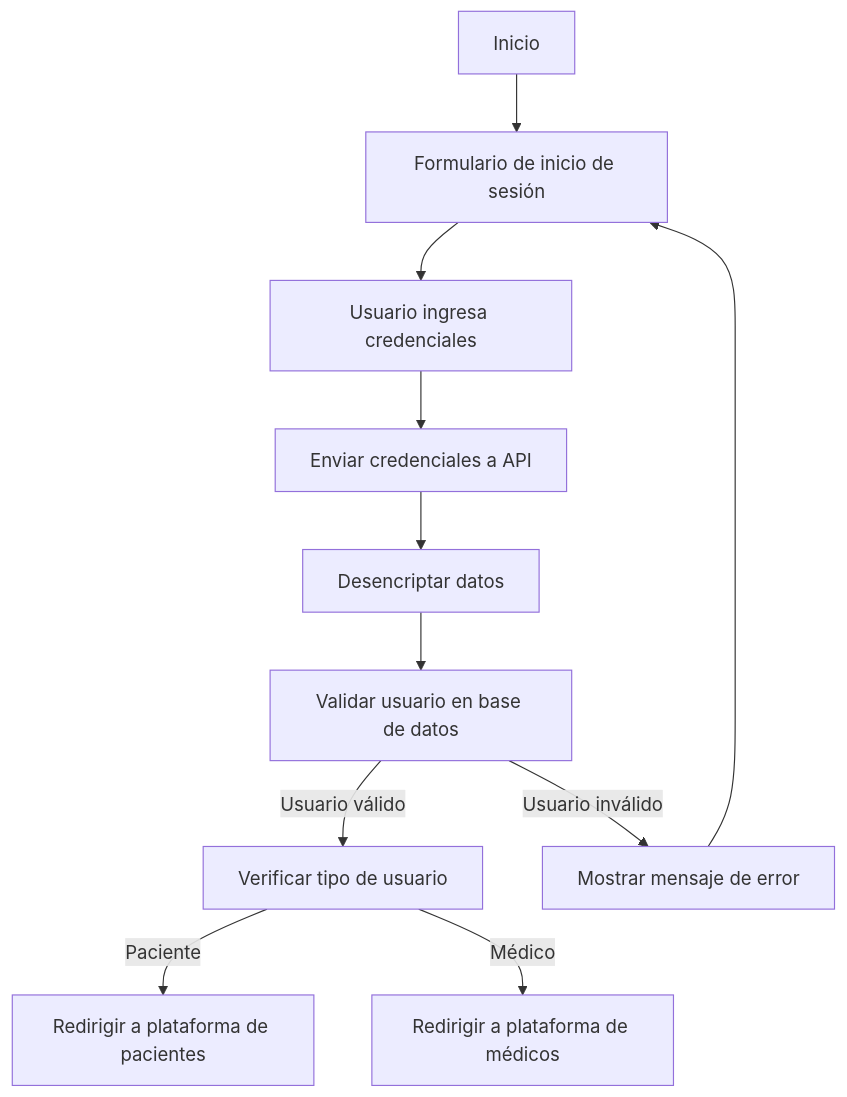
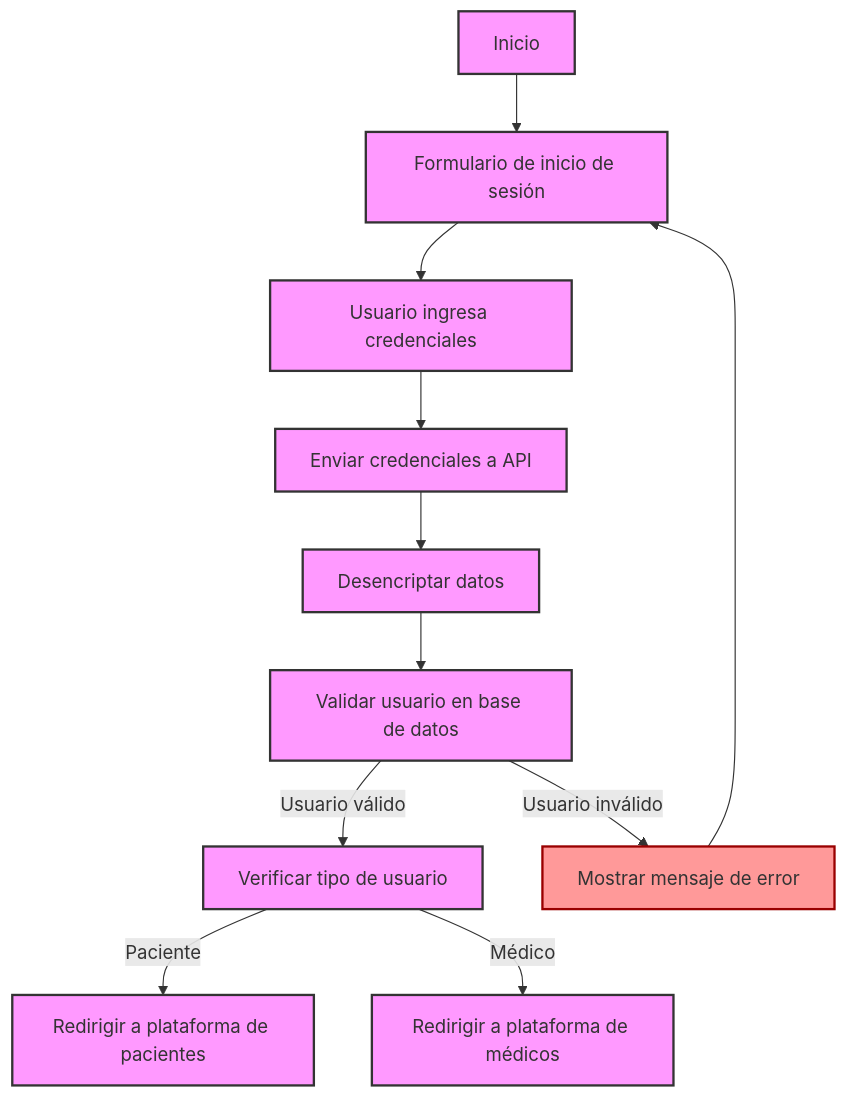
Before and after one commit to BnjmStd/4Life: the second of 21 diagrams in docs/data4lLife.md, drawn with Mermaid. The commit also changed other lines of this file, not shown here.

Commit message:
docs(Root): se agrega el primer template de los diagramas #1 reunion

```diff
--- a/docs/data4lLife.md
+++ b/docs/data4lLife.md
@@ -49,17 +49,19 @@
 ::: mermaid
 
 flowchart TD
-    A[Inicio] --> B[Formulario de inicio de sesión]
-    B --> C[Usuario ingresa credenciales]
-    C --> D[Enviar credenciales a API]
-    D --> E[Desencriptar datos]
-    E --> F[Validar usuario en base de datos]
-    F -->|Usuario válido| G[Verificar tipo de usuario]
-    G -->|Paciente| H[Redirigir a plataforma de pacientes]
-    G -->|Médico| I[Redirigir a plataforma de médicos]
-    F -->|Usuario inválido| J[Mostrar mensaje de error]
+    classDef myNodeStyle fill:#f9f,stroke:#333,stroke-width:2px, color:#333, border-radius: 16px;
+    classDef errorStyle fill:#f99,stroke:#900,stroke-width:2px, color:#333, border-radius: 16px;
+    A[Inicio]:::myNodeStyle --> B[Formulario de inicio de sesión]:::myNodeStyle
+    B --> C[Usuario ingresa credenciales]:::myNodeStyle
+    C --> D[Enviar credenciales a API]:::myNodeStyle
+    D --> E[Desencriptar datos]:::myNodeStyle
+    E --> F[Validar usuario en base de datos]:::myNodeStyle
+    F -->|Usuario válido| G[Verificar tipo de usuario]:::myNodeStyle
+    G -->|Paciente| H[Redirigir a plataforma de pacientes]:::myNodeStyle
+    G -->|Médico| I[Redirigir a plataforma de médicos]:::myNodeStyle
+    F -->|Usuario inválido| J[Mostrar mensaje de error]:::errorStyle
 
     J --> B
 
 
 :::
```
